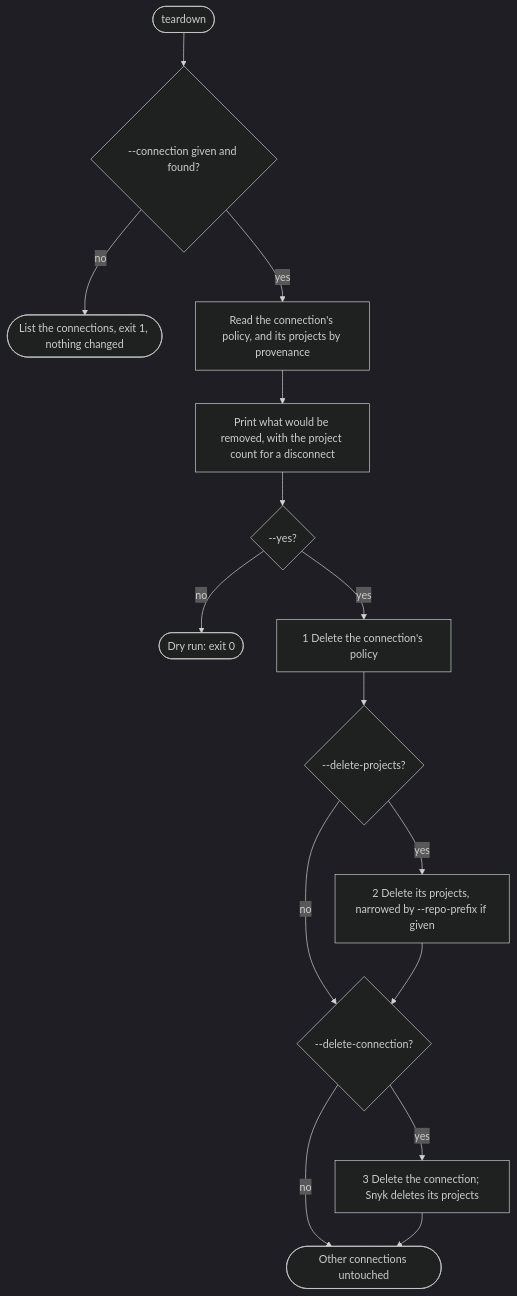
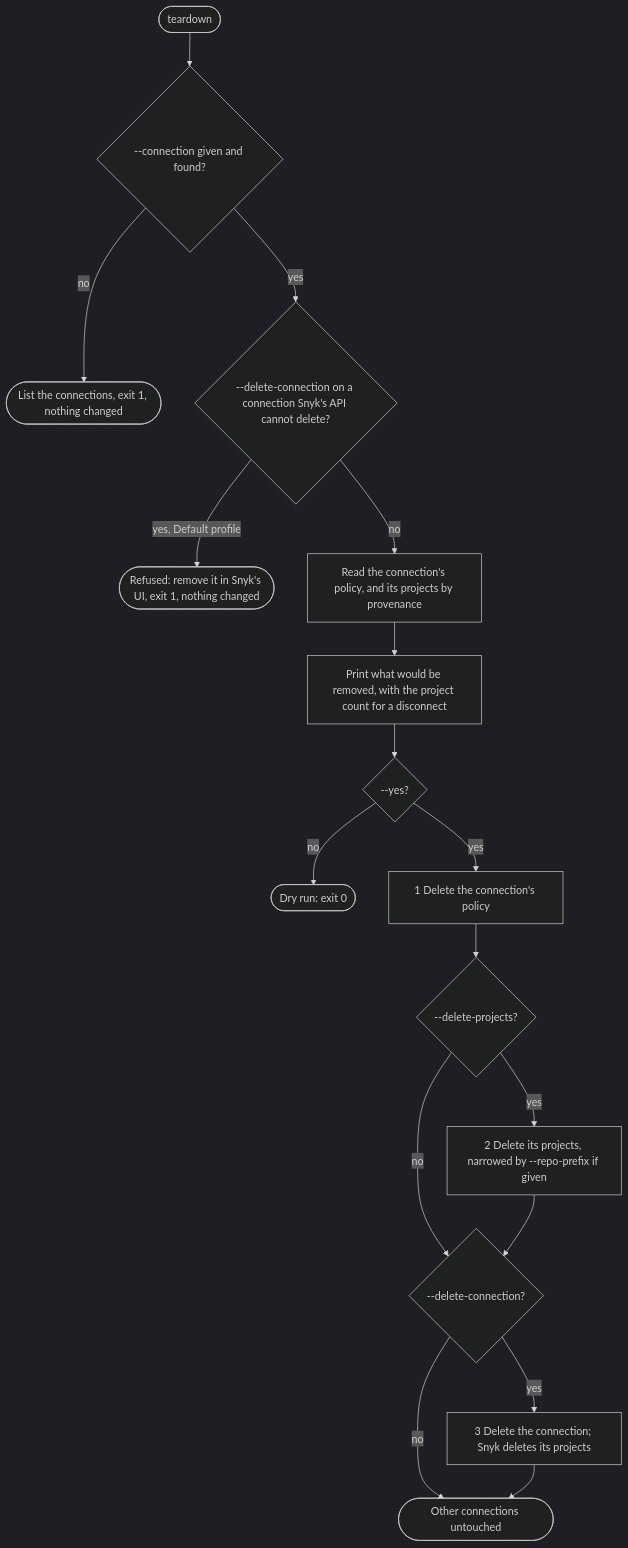
The fourth of 4 diagrams in specs/002-multi-ecr-connections/plan.md (atirado-snyk/auto-ecr-onboarding), drawn with Mermaid (dark theme) before and after one commit. The commit also changed other lines of this file and 7 other files, not shown here.

````diff
--- a/specs/002-multi-ecr-connections/plan.md
+++ b/specs/002-multi-ecr-connections/plan.md
@@ -142,17 +156,19 @@
 ```mermaid
 flowchart TD
     start(["teardown"]) --> named{"--connection given and found?"}
     named -- "no" --> list(["List the connections, exit 1, nothing changed"])
-    named -- "yes" --> read["Read the connection's policy, and its projects by provenance"]
+    named -- "yes" --> pre{"--delete-connection on a connection Snyk's API cannot delete?"}
+    pre -- "yes, Default profile" --> ui(["Refused: remove it in Snyk's UI, exit 1, nothing changed"])
+    pre -- "no" --> read["Read the connection's policy, and its projects by provenance"]
     read --> show["Print what would be removed, with the project count for a disconnect"]
     show --> yes{"--yes?"}
     yes -- "no" --> dry(["Dry run: exit 0"])
     yes -- "yes" --> pol["1 Delete the connection's policy"]
     pol --> dp{"--delete-projects?"}
     dp -- "yes" --> projs["2 Delete its projects, narrowed by --repo-prefix if given"]
     dp -- "no" --> dc
     projs --> dc{"--delete-connection?"}
     dc -- "yes" --> del["3 Delete the connection; Snyk deletes its projects"]
     dc -- "no" --> fin(["Other connections untouched"])
     del --> fin
 ```
````
